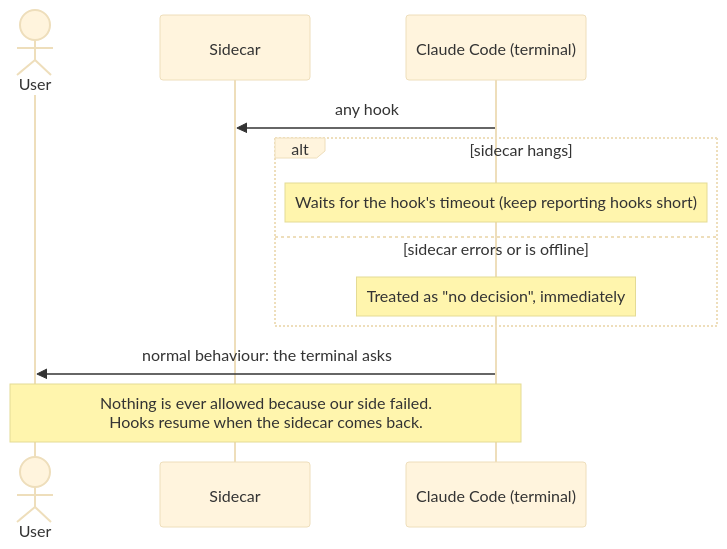
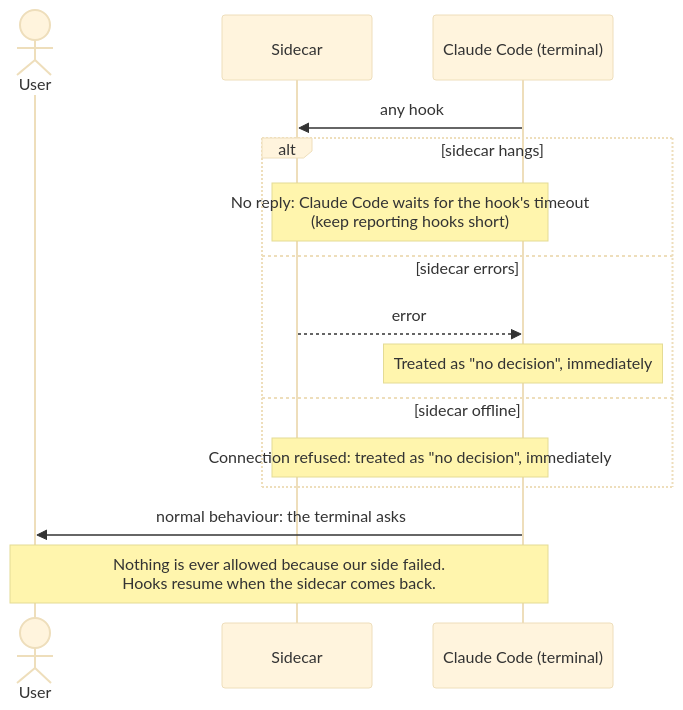
Before and after one commit to PaoloPortugal/The-Beach: the seventh of 7 diagrams in docs/flows.md, drawn with Mermaid (base theme). The commit also changed other lines of this file, not shown here.

Commit message:
Draw every reply in the flow diagrams and add a reading key

````diff
--- a/docs/flows.md
+++ b/docs/flows.md
@@ -186,15 +213,18 @@
 ```mermaid
 sequenceDiagram
     actor User
     participant Sidecar
     participant Claude as Claude Code (terminal)
 
     Claude->>Sidecar: any hook
     alt sidecar hangs
-        Note over Claude: Waits for the hook's timeout (keep reporting hooks short)
-    else sidecar errors or is offline
+        Note over Claude,Sidecar: No reply: Claude Code waits for the hook's timeout<br/>(keep reporting hooks short)
+    else sidecar errors
+        Sidecar-->>Claude: error
         Note over Claude: Treated as "no decision", immediately
+    else sidecar offline
+        Note over Claude,Sidecar: Connection refused: treated as "no decision", immediately
     end
     Claude->>User: normal behaviour: the terminal asks
     Note over User,Claude: Nothing is ever allowed because our side failed.<br/>Hooks resume when the sidecar comes back.
 ```
````
